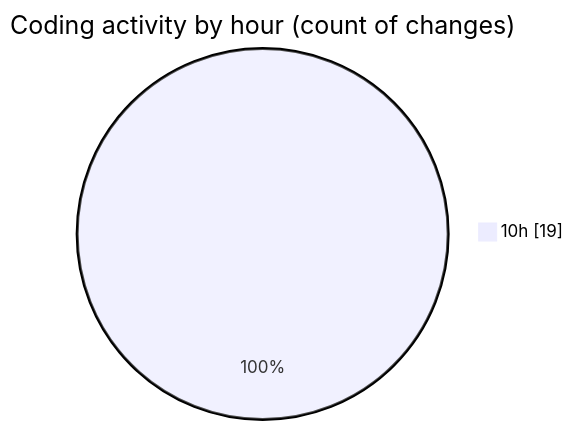
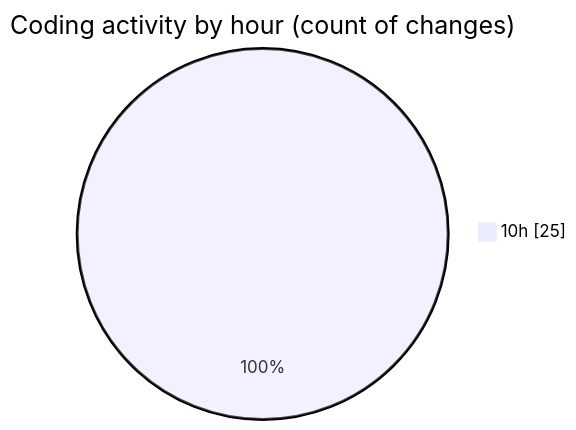
Before and after one commit to LanceThiago/code-tracking: the second of 2 diagrams in 2025-01-13/nueva_carpeta/README.md, drawn with Mermaid. The commit also changed other lines of this file and 1 other file, not shown here.

````diff
--- a/2025-01-13/nueva_carpeta/README.md
+++ b/2025-01-13/nueva_carpeta/README.md
@@ -28,5 +28,5 @@
 ```mermaid
 pie showData
 title Coding activity by hour (count of changes)
-"10h" : 19
+"10h" : 25
 ```
````
